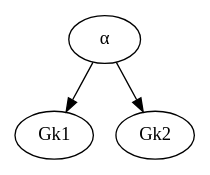
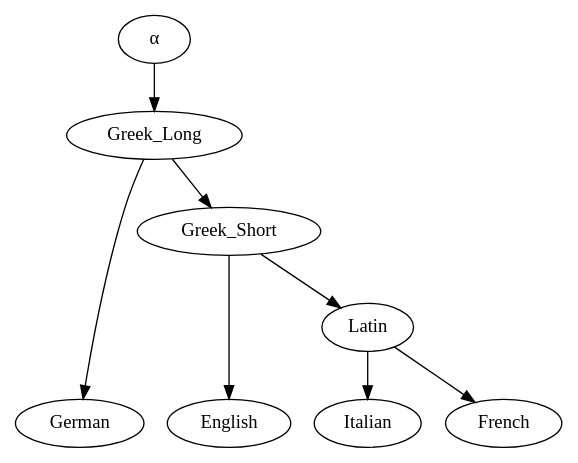
One commit to djbpitt/tufts_2018 changed the diagram in stemma/stemma.dot. Above: the diagram before and after it, drawn with Graphviz. The commit also changed 1 other file, not shown here.

```diff
--- a/stemma/stemma.dot
+++ b/stemma/stemma.dot
@@ -1,5 +1,10 @@
 digraph{
-{rank=same; Gk1, Gk2}
-α -> Gk1
-α -> Gk2
+{rank=same; German, Italian, French, English}
+α -> Greek_Long
+Greek_Long -> Greek_Short
+Greek_Long -> German
+Greek_Short -> Latin
+Greek_Short -> English
+Latin -> Italian
+Latin -> French
 }
```
